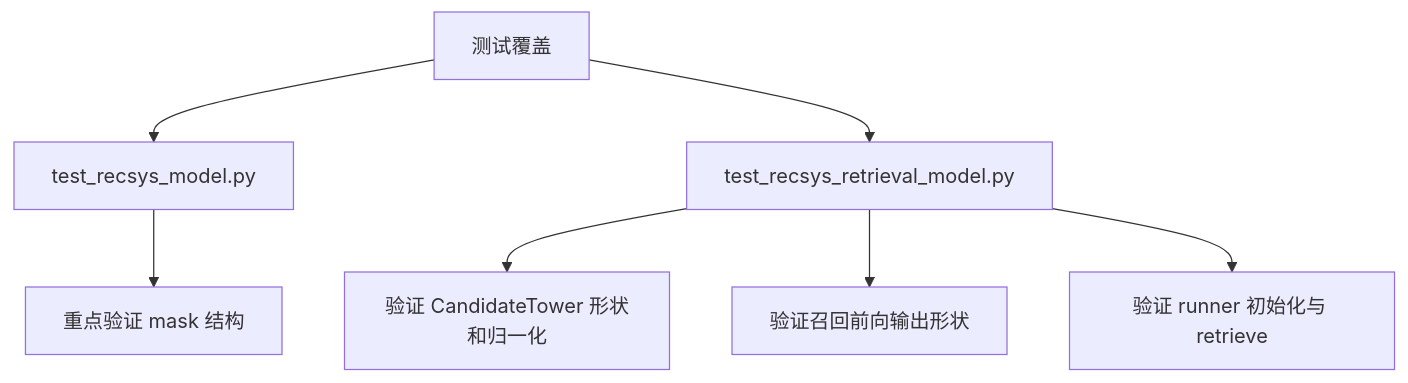
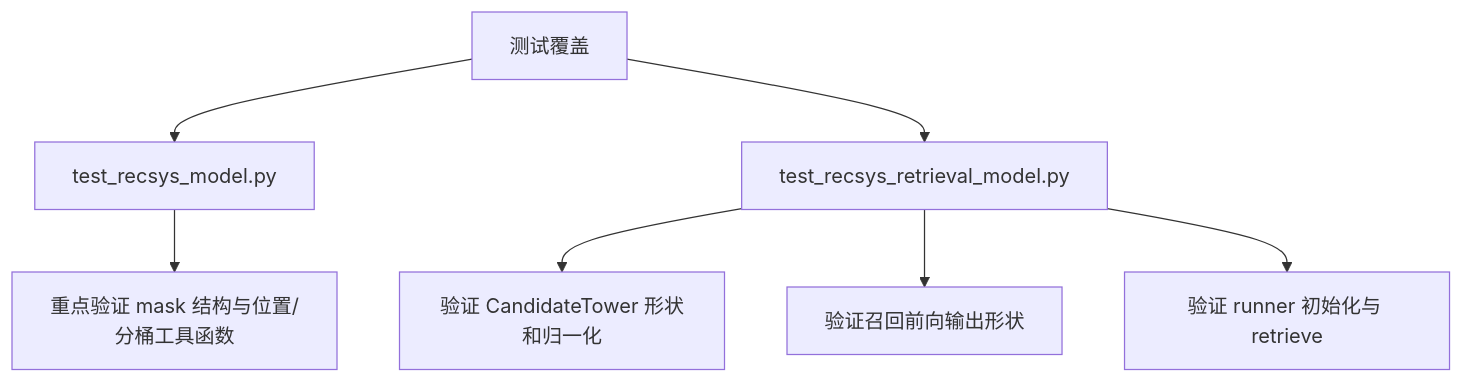
Before and after one commit to freefcw/x-algorithm: the second of 2 diagrams in docs/phoenix/05-problems-implementation-and-risks.md, drawn with Mermaid. The commit also changed 5 other files, not shown here.

````diff
--- a/docs/phoenix/05-problems-implementation-and-risks.md
+++ b/docs/phoenix/05-problems-implementation-and-risks.md
@@ -110,9 +110,9 @@
 ```mermaid
 flowchart TD
     A[测试覆盖] --> B[test_recsys_model.py]
     A --> C[test_recsys_retrieval_model.py]
-    B --> D[重点验证 mask 结构]
+    B --> D[重点验证 mask 结构与位置/分桶工具函数]
     C --> E[验证 CandidateTower 形状和归一化]
     C --> F[验证召回前向输出形状]
     C --> G[验证 runner 初始化与 retrieve]
 ```
````
